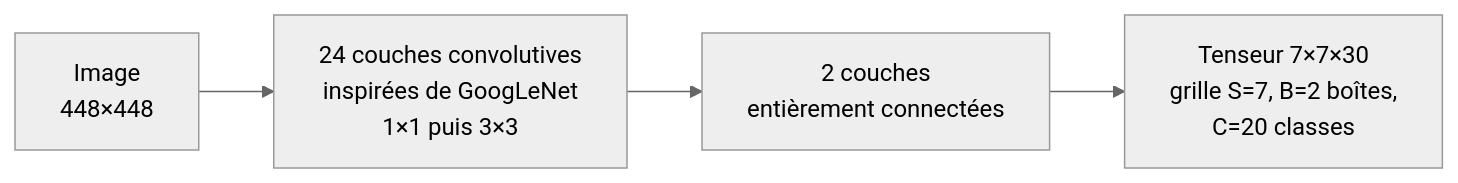
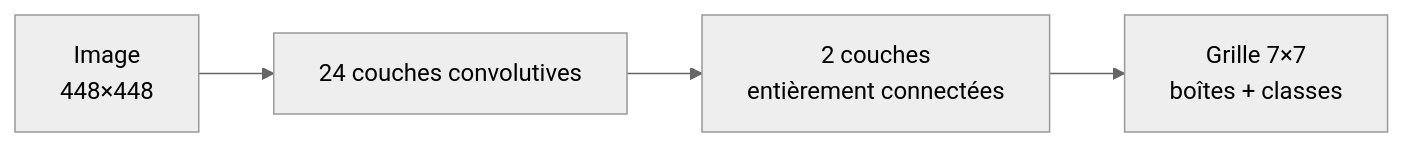
One commit to titouanfleurent-png/deep-learning-images changed the first of 2 diagrams in README.md. Above: the diagram before and after it, drawn with Mermaid (neutral theme). The commit also changed other lines of this file and 18 other files, not shown here.

````diff
--- a/README.md
+++ b/README.md
@@ -81,6 +117,6 @@
 ```mermaid
 flowchart LR
-    A[Image<br/>448×448] --> B[24 couches convolutives<br/>inspirées de GoogLeNet<br/>1×1 puis 3×3]
+    A[Image<br/>448×448] --> B[24 couches convolutives]
     B --> C[2 couches<br/>entièrement connectées]
-    C --> D[Tenseur 7×7×30<br/>grille S=7, B=2 boîtes,<br/>C=20 classes]
+    C --> D[Grille 7×7<br/>boîtes + classes]
 ```
````
